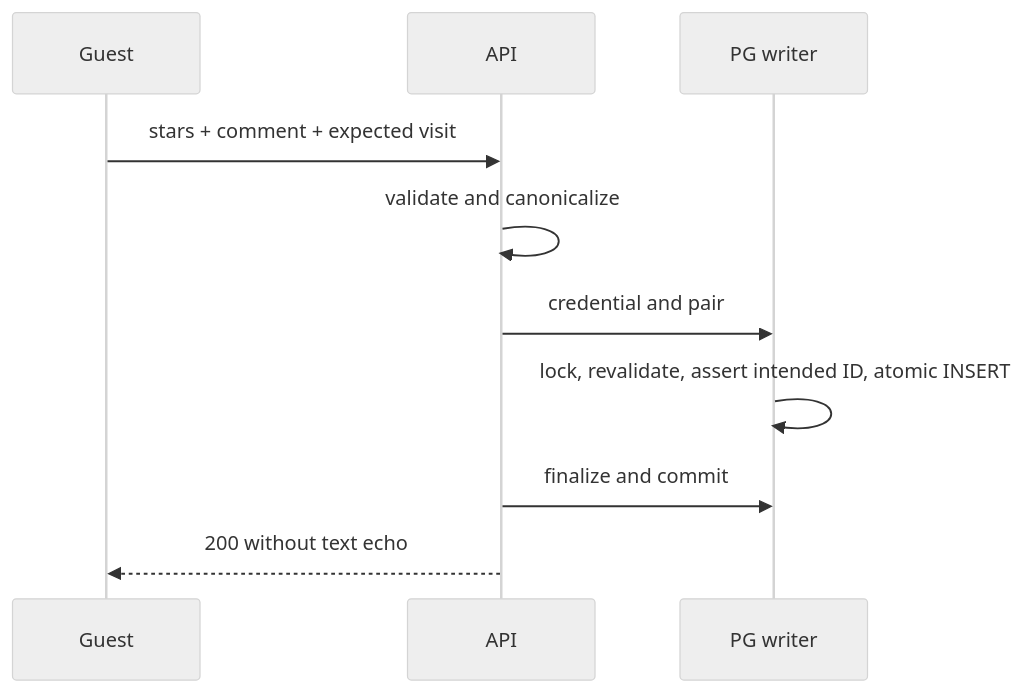
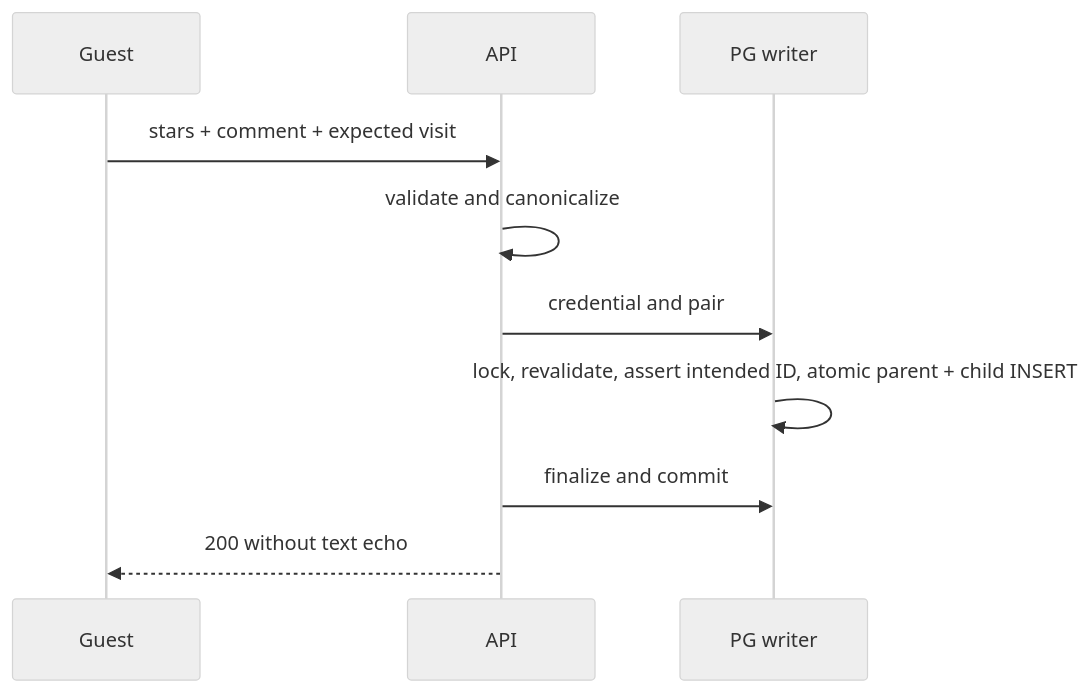
One commit to yamanradwan1-rgb/valet-platform changed the third of 9 diagrams in docs/plans/ISSUE_463_GUEST_RATING_COMMENTS_IMPLEMENTATION_PLAN.md. Above: the diagram before and after it, drawn with Mermaid (neutral theme). The commit also changed other lines of this file, not shown here.

Commit message:
docs: close issue 463 P0 architecture decisions in plan v1.1

````diff
--- a/docs/plans/ISSUE_463_GUEST_RATING_COMMENTS_IMPLEMENTATION_PLAN.md
+++ b/docs/plans/ISSUE_463_GUEST_RATING_COMMENTS_IMPLEMENTATION_PLAN.md
@@ -306,12 +394,12 @@
 ```mermaid
 sequenceDiagram
  participant G as Guest
  participant A as API
  participant P as PG writer
  G->>A: stars + comment + expected visit
  A->>A: validate and canonicalize
  A->>P: credential and pair
- P->>P: lock, revalidate, assert intended ID, atomic INSERT
+ P->>P: lock, revalidate, assert intended ID, atomic parent + child INSERT
  A->>P: finalize and commit
  A-->>G: 200 without text echo
 ```
````
